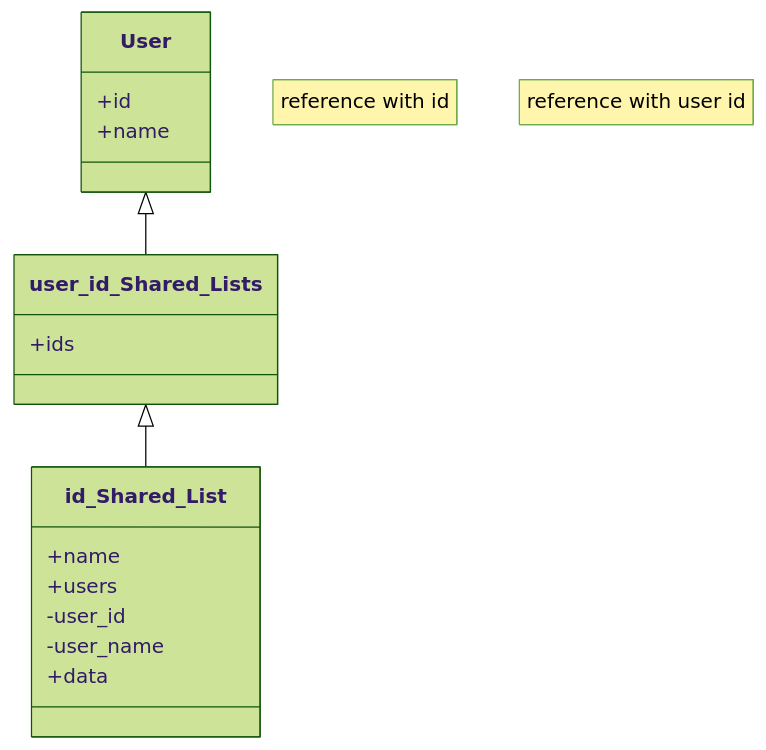
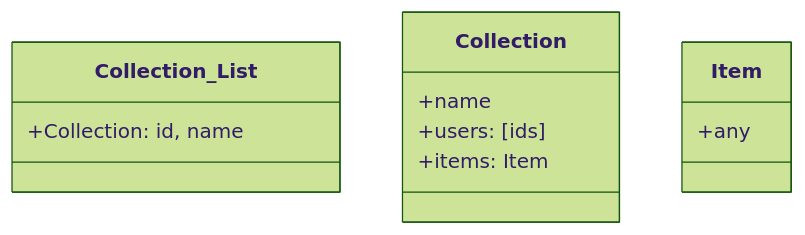
The second of 2 diagrams in einkaufsliste-backend/Tabellenstruktur.md (maximilianbarg/Einkaufsliste-backend), drawn with Mermaid (forest theme) before and after one commit. The commit also changed other lines of this file and 35 other files, not shown here.

````diff
--- a/einkaufsliste-backend/Tabellenstruktur.md
+++ b/einkaufsliste-backend/Tabellenstruktur.md
@@ -2,21 +16,17 @@
 ```mermaid
 classDiagram
-    class User{
-        +id
+    class Collection_List{
+        +Collection: id, name
+    }
+
+    class Collection{
         +name
+        +users: [ids]
+        +items: Item
     }
-    class user_id_Shared_Lists{
-        +ids
+
+    class Item{
+        +any
     }
-    class id_Shared_List{
-	    +name
-	    +users
-	    -user_id
-	    -user_name
-        +data
-    }
-    note "reference with id"
-    user_id_Shared_Lists <|-- id_Shared_List
-    note "reference with user id"
-    User <|-- user_id_Shared_Lists
+
 ```
````
